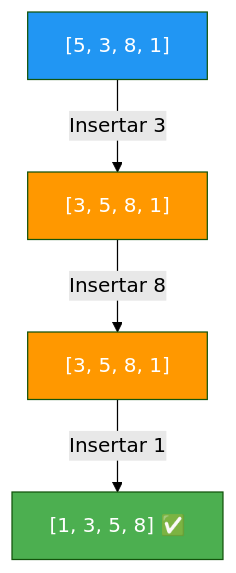
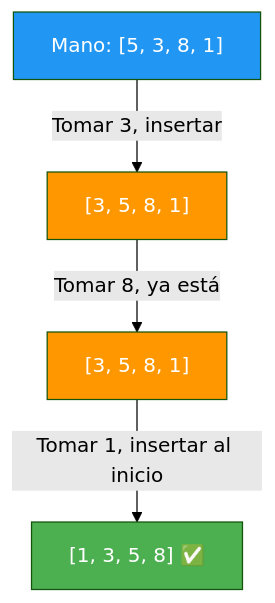
Before and after one commit to joseluisgs/Programacion-03-2026-2027: the third of 7 diagrams in 07-ordenacion-busqueda.md, drawn with Mermaid (forest theme). The commit also changed other lines of this file and 8 other files, not shown here.

````diff
--- a/07-ordenacion-busqueda.md
+++ b/07-ordenacion-busqueda.md
@@ -114,10 +157,10 @@
 ```mermaid
 graph TD
-    A["[5, 3, 8, 1]"] -->|"Insertar 3"| B["[3, 5, 8, 1]"]
-    B -->|"Insertar 8"| C["[3, 5, 8, 1]"]
-    C -->|"Insertar 1"| D["[1, 3, 5, 8] ✅"]
+    A["Mano: [5, 3, 8, 1]"] -->|"Tomar 3, insertar"| B["[3, 5, 8, 1]"]
+    B -->|"Tomar 8, ya está"| C["[3, 5, 8, 1]"]
+    C -->|"Tomar 1, insertar al inicio"| D["[1, 3, 5, 8] ✅"]
     style A fill:#2196F3,color:#fff
     style B fill:#FF9800,color:#fff
     style C fill:#FF9800,color:#fff
     style D fill:#4CAF50,color:#fff
 ```
````
